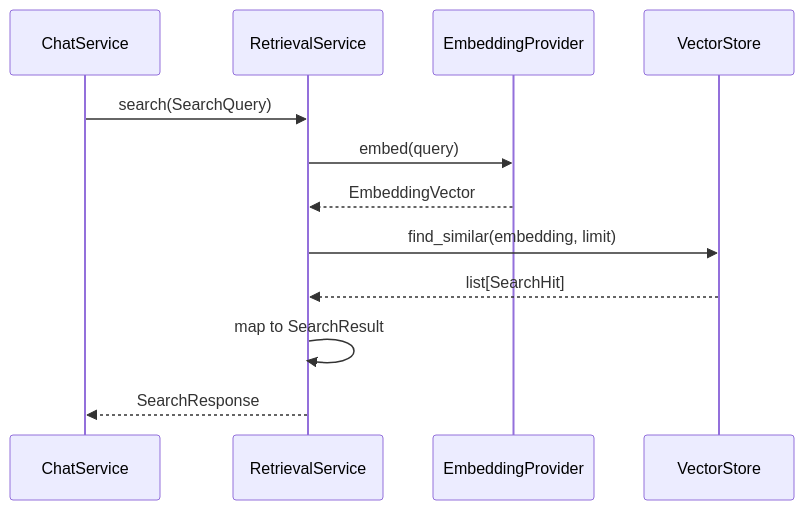
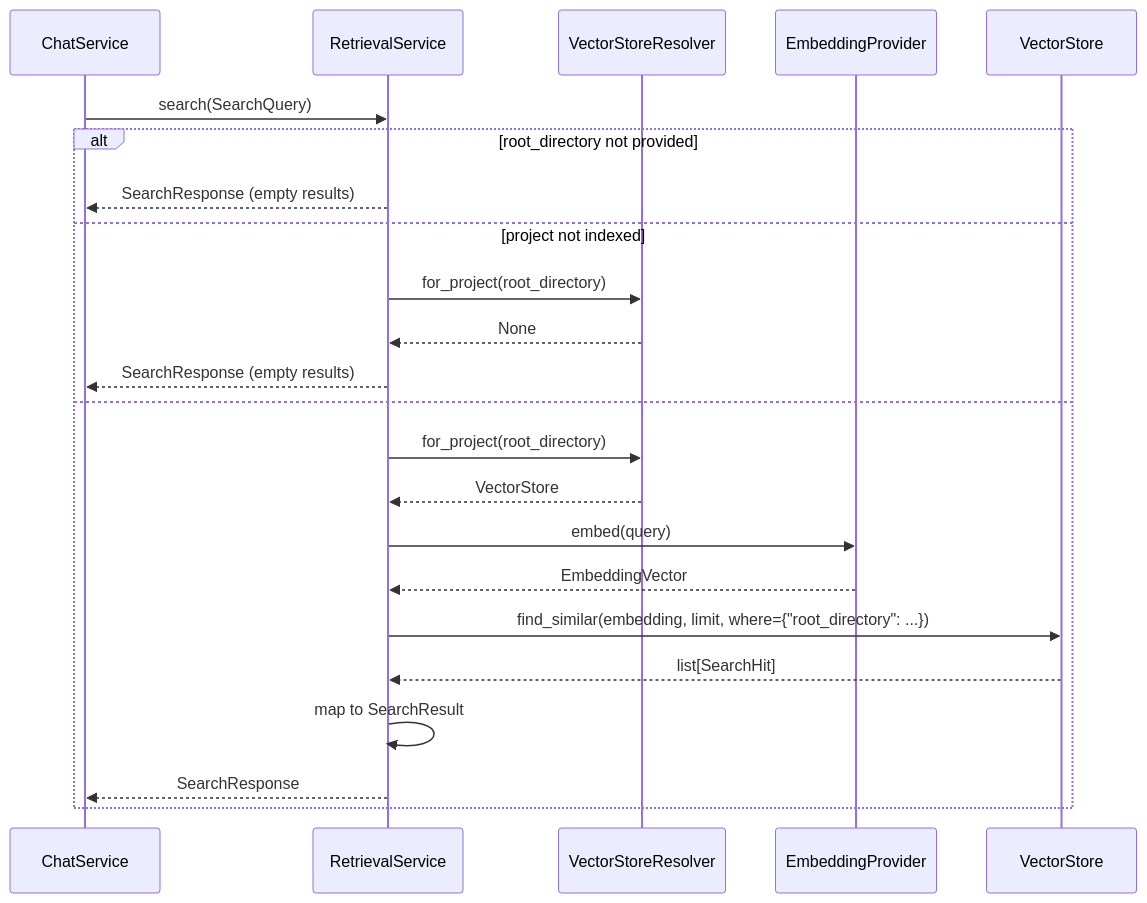
The second of 2 diagrams in docs/architecture/backend/retrieval.md (Smit-whitespace/repository-intelligence-platform), drawn with Mermaid before and after one commit. The commit also changed other lines of this file and 75 other files, not shown here.

````diff
--- a/docs/architecture/backend/retrieval.md
+++ b/docs/architecture/backend/retrieval.md
@@ -59,15 +60,26 @@
 ```mermaid
 sequenceDiagram
     participant CS as ChatService
     participant RS as RetrievalService
+    participant VR as VectorStoreResolver
     participant EP as EmbeddingProvider
     participant VS as VectorStore
 
     CS->>RS: search(SearchQuery)
-    RS->>EP: embed(query)
-    EP-->>RS: EmbeddingVector
-    RS->>VS: find_similar(embedding, limit)
-    VS-->>RS: list[SearchHit]
-    RS->>RS: map to SearchResult
-    RS-->>CS: SearchResponse
+    alt root_directory not provided
+        RS-->>CS: SearchResponse (empty results)
+    else project not indexed
+        RS->>VR: for_project(root_directory)
+        VR-->>RS: None
+        RS-->>CS: SearchResponse (empty results)
+    else
+        RS->>VR: for_project(root_directory)
+        VR-->>RS: VectorStore
+        RS->>EP: embed(query)
+        EP-->>RS: EmbeddingVector
+        RS->>VS: find_similar(embedding, limit, where={"root_directory": ...})
+        VS-->>RS: list[SearchHit]
+        RS->>RS: map to SearchResult
+        RS-->>CS: SearchResponse
+    end
 ```
````
